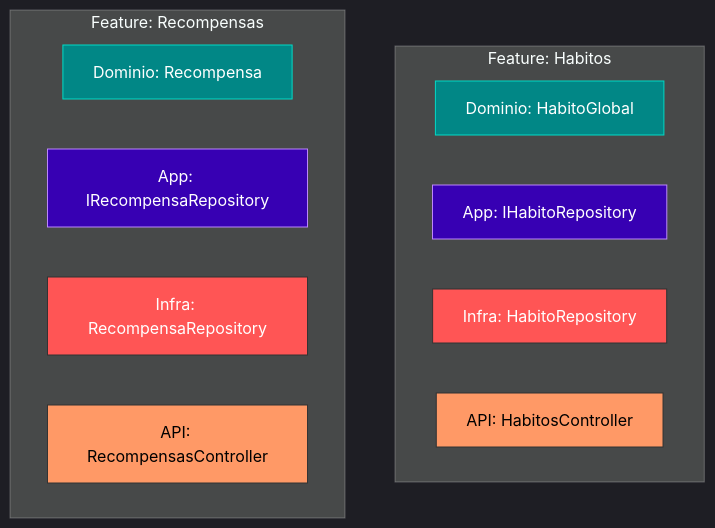
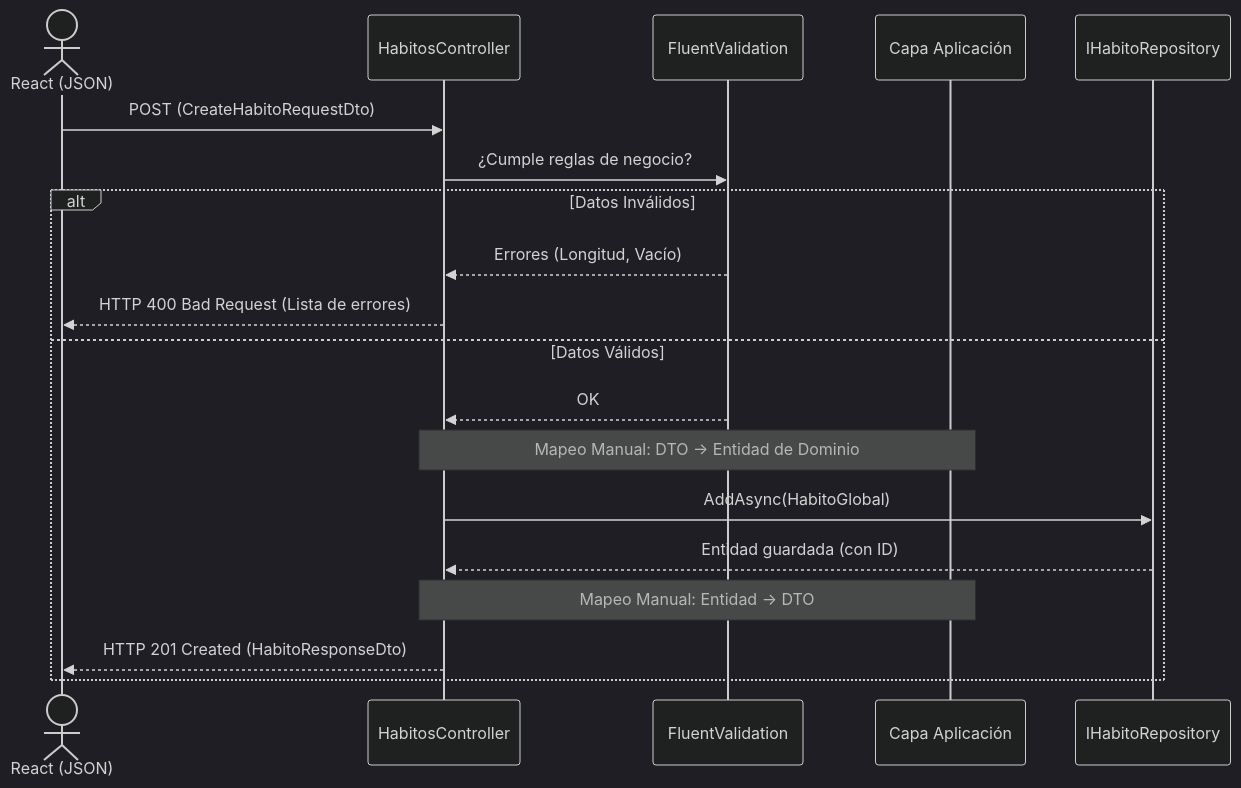
Before and after one commit to ConsSorto/ConsSorto.github.io: the diagram in is-912/fase-1/8.md, drawn with Mermaid. The commit also changed other lines of this file, not shown here.

Commit message:
feat: actualizar contenido de la clase 8 incorporando DTOs, FluentValidation y refactorización ágil

````diff
--- a/is-912/fase-1/8.md
+++ b/is-912/fase-1/8.md
@@ -16,27 +23,24 @@
 ```mermaid
-%%{init: {'theme': 'dark', 'themeVariables': { 'lineColor': '#03DAC6', 'primaryColor': '#018786', 'nodeBorder': '#03DAC6' }}}%%
-graph TD
-    subgraph Feature: Habitos
-        HD[Dominio: HabitoGlobal]
-        HA[App: IHabitoRepository]
-        HI[Infra: HabitoRepository]
-        HC[API: HabitosController]
+%%{init: {'theme': 'dark', 'themeVariables': { 'lineColor': '#BB86FC', 'primaryColor': '#3700B3', 'nodeBorder': '#03DAC6' }}}%%
+sequenceDiagram
+    actor Cliente as React (JSON)
+    participant API as HabitosController
+    participant Val as FluentValidation
+    participant App as Capa Aplicación
+    participant Repo as IHabitoRepository
+    
+    Cliente->>API: POST (CreateHabitoRequestDto)
+    API->>Val: ¿Cumple reglas de negocio?
+    
+    alt Datos Inválidos
+        Val-->>API: Errores (Longitud, Vacío)
+        API-->>Cliente: HTTP 400 Bad Request (Lista de errores)
+    else Datos Válidos
+        Val-->>API: OK
+        Note over API,App: Mapeo Manual: DTO -> Entidad de Dominio
+        API->>Repo: AddAsync(HabitoGlobal)
+        Repo-->>API: Entidad guardada (con ID)
+        Note over API,App: Mapeo Manual: Entidad -> DTO
+        API-->>Cliente: HTTP 201 Created (HabitoResponseDto)
     end
-    
-    subgraph Feature: Recompensas
-        RD[Dominio: Recompensa]
-        RA[App: IRecompensaRepository]
-        RI[Infra: RecompensaRepository]
-        RC[API: RecompensasController]
-    end
-    
-    style HD fill:#018786,stroke:#03DAC6,color:#fff
-    style HA fill:#3700B3,stroke:#BB86FC,color:#fff
-    style HI fill:#f55,stroke:#333,color:#fff
-    style HC fill:#f96,stroke:#333,color:#000
-    
-    style RD fill:#018786,stroke:#03DAC6,color:#fff
-    style RA fill:#3700B3,stroke:#BB86FC,color:#fff
-    style RI fill:#f55,stroke:#333,color:#fff
-    style RC fill:#f96,stroke:#333,color:#000
 ```
````
